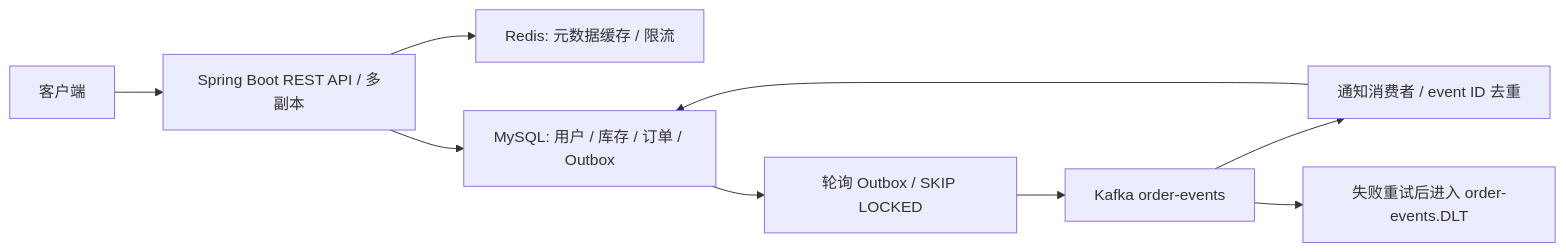
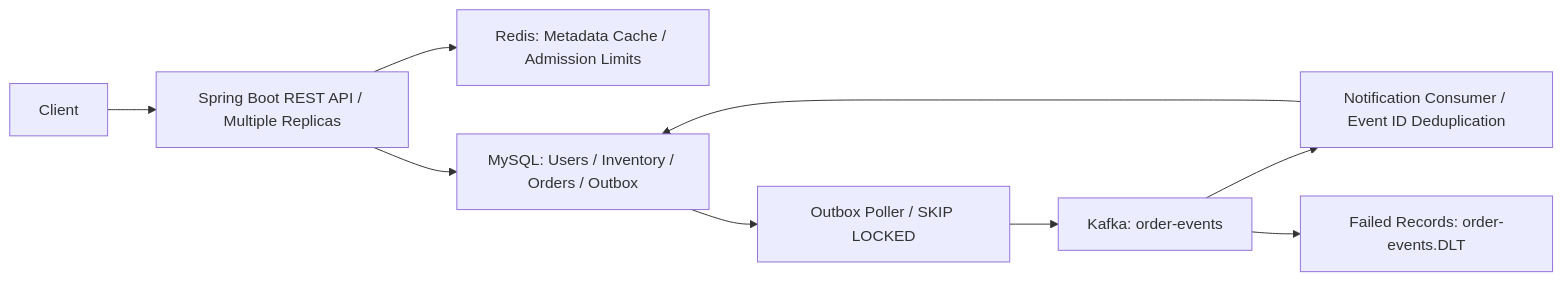
One commit to Jzhope/flash-sale-lab changed the diagram in README.md. Above: the diagram before and after it, drawn with Mermaid. The commit also changed other lines of this file and 1 other file, not shown here.

````diff
--- a/README.md
+++ b/README.md
@@ -77,11 +81,11 @@
 ```mermaid
 flowchart LR
-    Client[客户端] --> API[Spring Boot REST API / 多副本]
-    API --> Redis[Redis: 元数据缓存 / 限流]
-    API --> SQL[MySQL: 用户 / 库存 / 订单 / Outbox]
-    SQL --> Publisher[轮询 Outbox / SKIP LOCKED]
-    Publisher --> Kafka[Kafka order-events]
-    Kafka --> Consumer[通知消费者 / event ID 去重]
+    Client[Client] --> API[Spring Boot REST API / Multiple Replicas]
+    API --> Redis[Redis: Metadata Cache / Admission Limits]
+    API --> SQL[MySQL: Users / Inventory / Orders / Outbox]
+    SQL --> Publisher[Outbox Poller / SKIP LOCKED]
+    Publisher --> Kafka[Kafka: order-events]
+    Kafka --> Consumer[Notification Consumer / Event ID Deduplication]
     Consumer --> SQL
-    Kafka --> DLT[失败重试后进入 order-events.DLT]
+    Kafka --> DLT[Failed Records: order-events.DLT]
 ```
````
